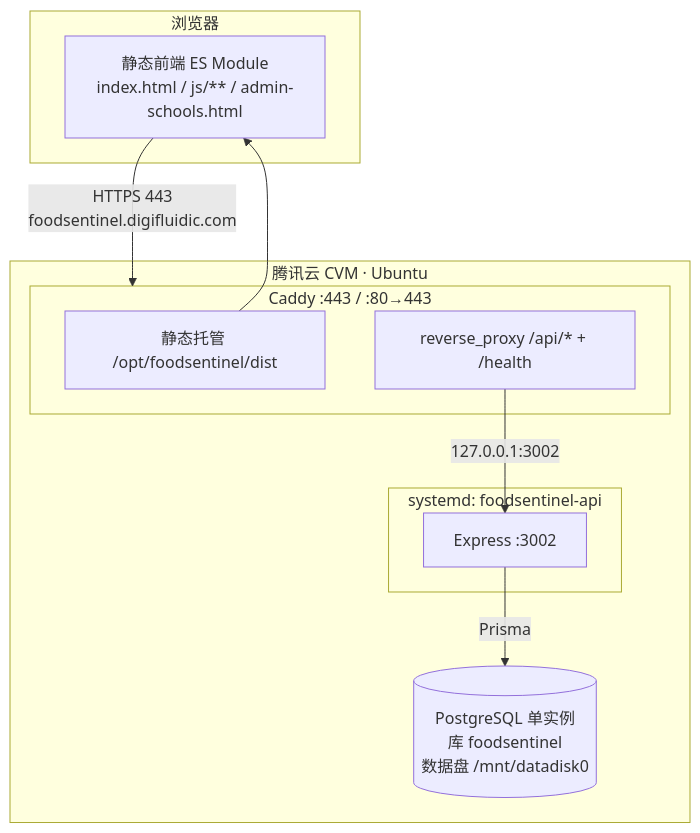
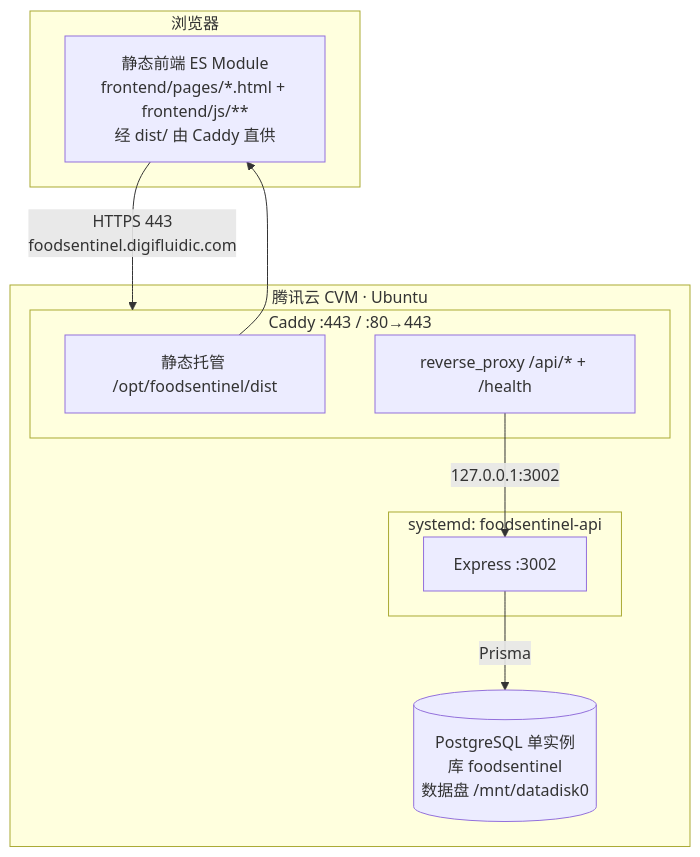
One commit to ArthurUker/Tianjiabing_foodtestlab changed the first of 5 diagrams in README.md. Above: the diagram before and after it, drawn with Mermaid. The commit also changed other lines of this file and 3 other files, not shown here.

````diff
--- a/README.md
+++ b/README.md
@@ -144,22 +144,22 @@
 ```mermaid
 flowchart TB
     subgraph Client[浏览器]
-        UI[静态前端 ES Module<br/>index.html / js/** / admin-schools.html]
+        UI[静态前端 ES Module<br/>frontend/pages/*.html + frontend/js/**<br/>经 dist/ 由 Caddy 直供]
     end
 
     subgraph CVM[腾讯云 CVM · Ubuntu]
         subgraph Caddy[Caddy :443 / :80→443]
             Static[静态托管 /opt/foodsentinel/dist]
             Proxy[reverse_proxy /api/* + /health]
         end
         subgraph Node[systemd: foodsentinel-api]
             API[Express :3002]
         end
         DB[(PostgreSQL 单实例<br/>库 foodsentinel<br/>数据盘 /mnt/datadisk0)]
     end
 
     UI -->|HTTPS 443<br/>foodsentinel.digifluidic.com| Caddy
     Static --> UI
     Proxy -->|127.0.0.1:3002| API
     API -->|Prisma| DB
 ```
````
